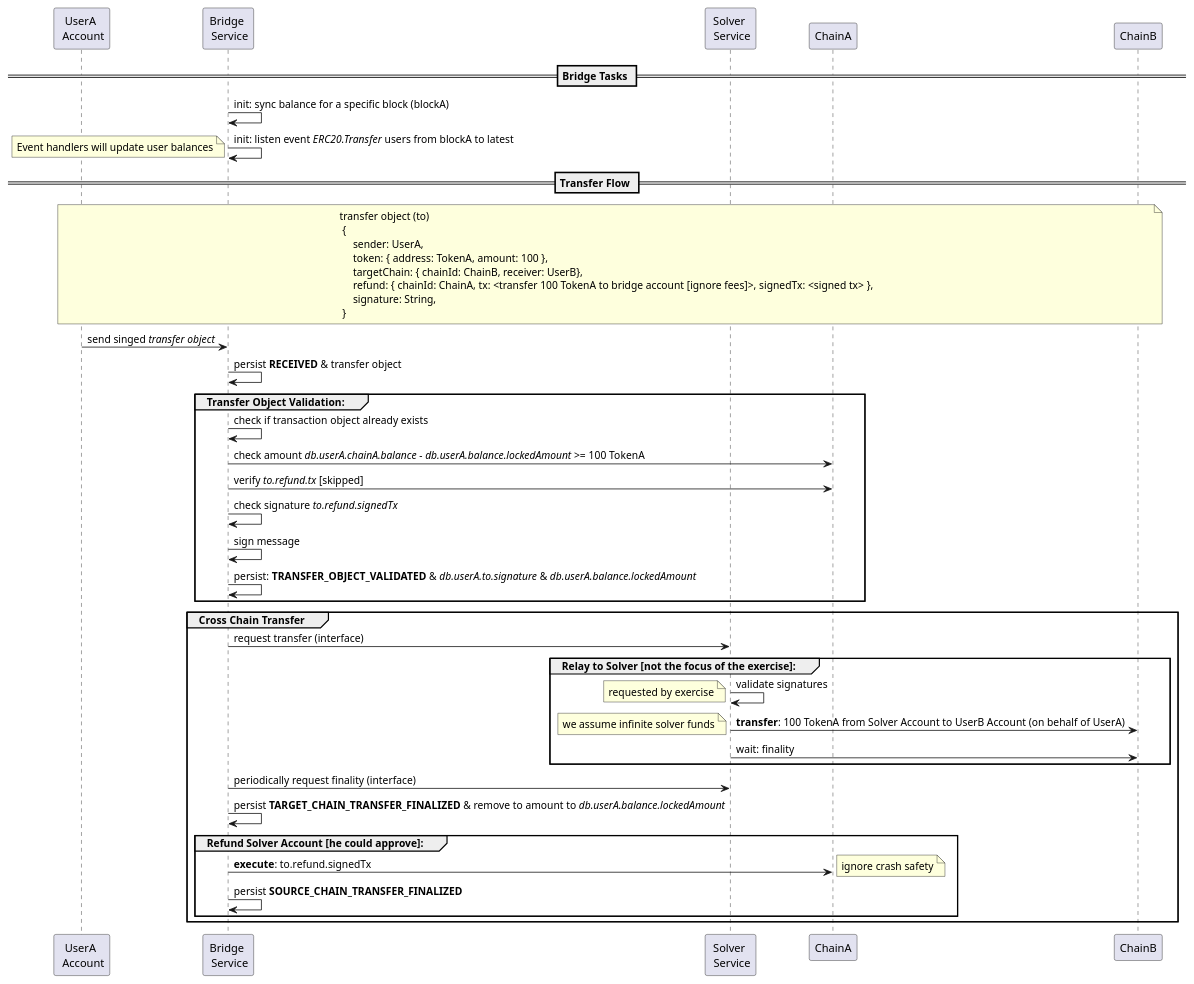
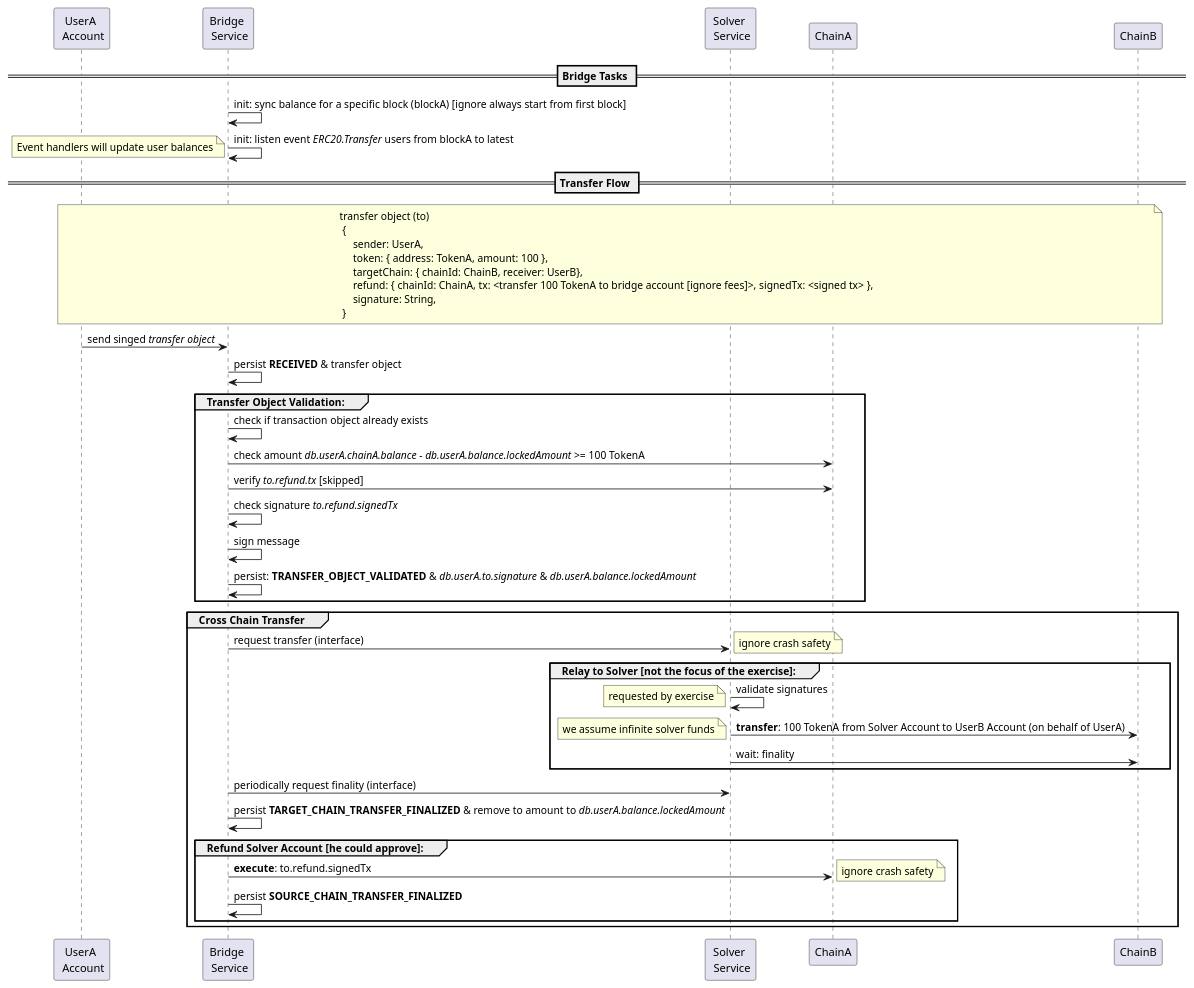
One commit to nchondromatidis/evm-erc20-bridge changed the diagram in docs/transfer-assets-flow.puml. Above: the diagram before and after it, drawn with PlantUML. The commit also changed 13 other files, not shown here.

```diff
--- a/docs/transfer-assets-flow.puml
+++ b/docs/transfer-assets-flow.puml
@@ -1,62 +1,63 @@
 @startuml
 participant "UserA \n Account" as UA
 participant "Bridge \n Service" as B
 participant "Solver \n Service" as S
 participant ChainA as CA
 participant ChainB as CB
 
 == Bridge Tasks ==
-B -> B: init: sync balance for a specific block (blockA)
+B -> B: init: sync balance for a specific block (blockA) [ignore always start from first block]
 B -> B: init: listen event //ERC20.Transfer// users from blockA to latest
 note left
 Event handlers will update user balances
 end note
 
 
 == Transfer Flow ==
 note across
 transfer object (to)
  {
      sender: UserA,
      token: { address: TokenA, amount: 100 },
      targetChain: { chainId: ChainB, receiver: UserB},
      refund: { chainId: ChainA, tx: <transfer 100 TokenA to bridge account [ignore fees]>, signedTx: <signed tx> },
      signature: String,
  }
 end note
 
 UA -> B: send singed //transfer object//
 B -> B: persist **RECEIVED** & transfer object
 
 group Transfer Object Validation:
 B -> B : check if transaction object already exists
 B -> CA: check amount //db.userA.chainA.balance - db.userA.balance.lockedAmount// >= 100 TokenA
 B -> CA: verify //to.refund.tx// [skipped]
 B -> B: check signature //to.refund.signedTx//
 B -> B: sign message
 B -> B: persist: **TRANSFER_OBJECT_VALIDATED** & //db.userA.to.signature// & //db.userA.balance.lockedAmount//
 end
 
 group Cross Chain Transfer
 B -> S: request transfer (interface)
+note right: ignore crash safety
 
 group Relay to Solver [not the focus of the exercise]:
 S -> S: validate signatures
 note left: requested by exercise
 S -> CB: **transfer**: 100 TokenA from Solver Account to UserB Account (on behalf of UserA)
 note left: we assume infinite solver funds
 S -> CB: wait: finality
 end
 
 B -> S: periodically request finality (interface)
 B -> B: persist **TARGET_CHAIN_TRANSFER_FINALIZED** & remove to amount to //db.userA.balance.lockedAmount//
 
 group Refund Solver Account [he could approve]:
 B -> CA: **execute**: to.refund.signedTx
 note right: ignore crash safety
 B -> B: persist **SOURCE_CHAIN_TRANSFER_FINALIZED**
 end
 
 end
 
 @enduml
```
